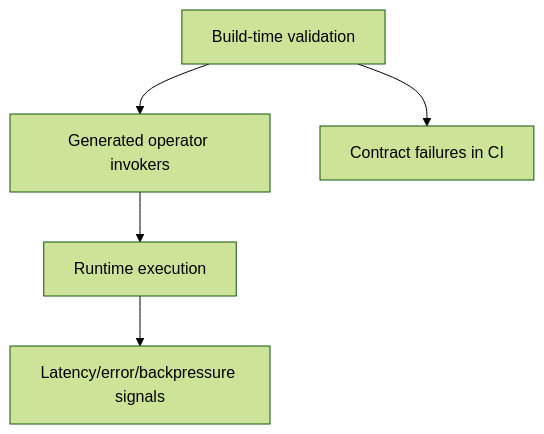
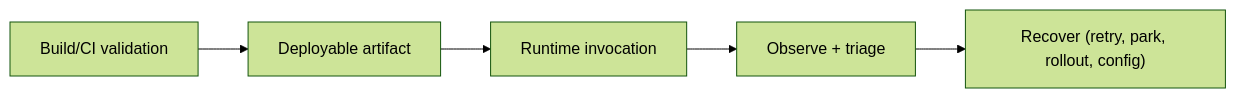
One commit to The-Pipeline-Framework/pipelineframework changed the diagram in docs/guide/operations/operators.md. Above: the diagram before and after it, drawn with Mermaid (forest theme). The commit also changed other lines of this file and 4 other files, not shown here.

````diff
--- a/docs/guide/operations/operators.md
+++ b/docs/guide/operations/operators.md
@@ -5,7 +7,7 @@
 ```mermaid
-flowchart TD
-  A["Build-time validation"] --> B["Generated operator invokers"]
-  B --> C["Runtime execution"]
-  A --> D["Contract failures in CI"]
-  C --> E["Latency/error/backpressure signals"]
+flowchart LR
+  A["Build/CI validation"] --> B["Deployable artifact"]
+  B --> C["Runtime invocation"]
+  C --> D["Observe + triage"]
+  D --> E["Recover (retry, park, rollout, config)"]
 ```
````
